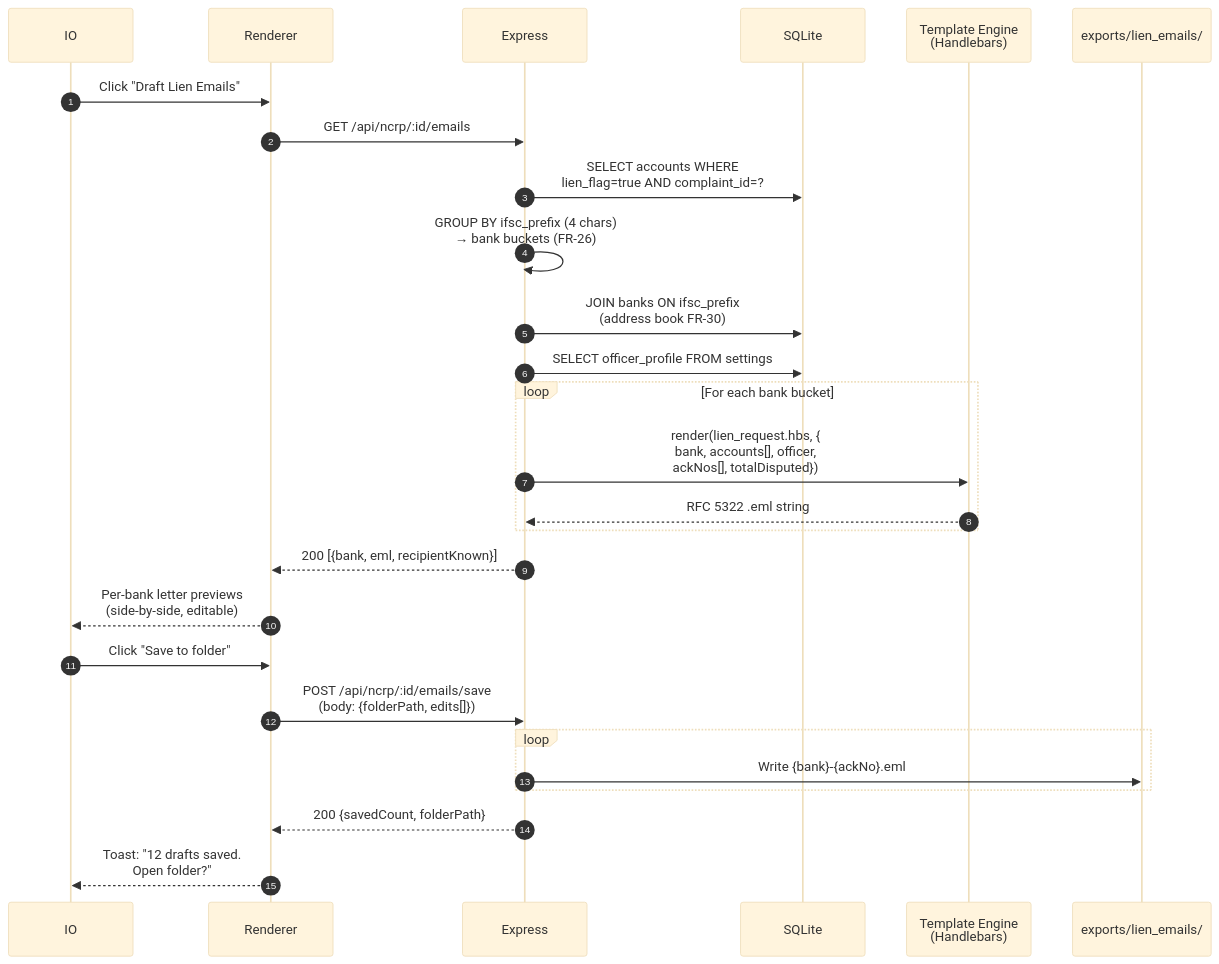
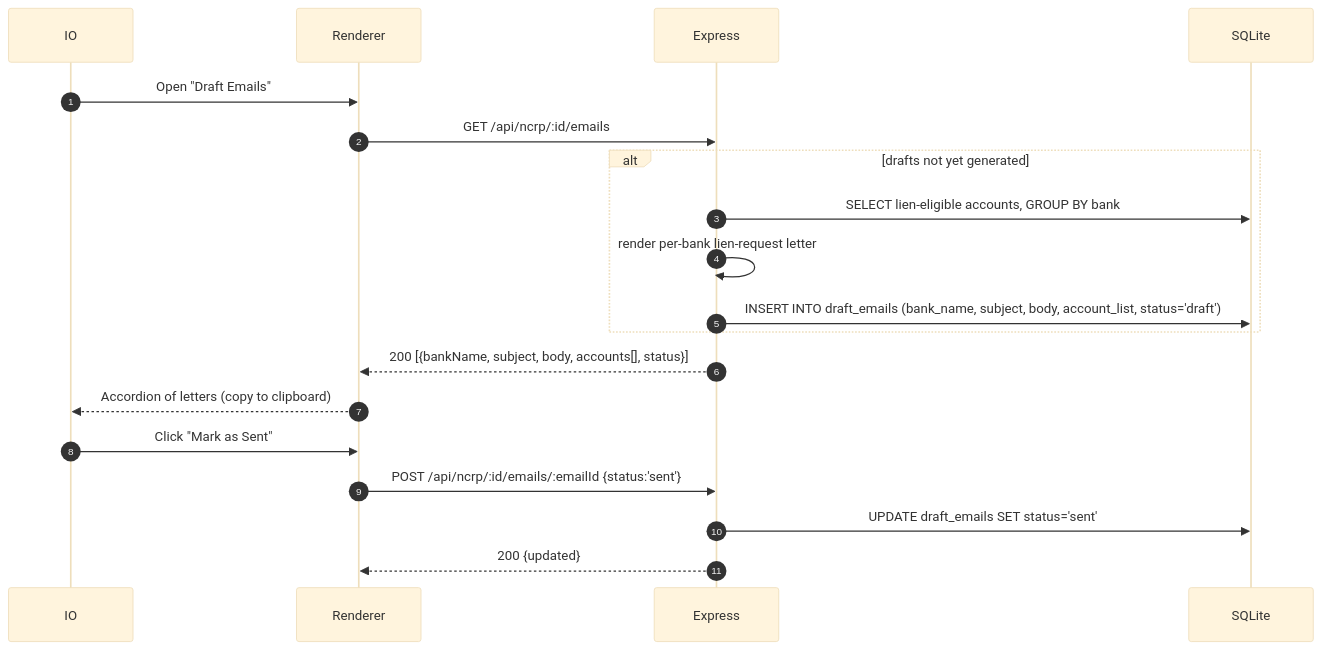
The fifth of 5 diagrams in SDD.md (manankothari1702/fintrace-ncrp), drawn with Mermaid (base theme) before and after one commit. The commit also changed other lines of this file and 32 other files, not shown here.

````diff
--- a/SDD.md
+++ b/SDD.md
@@ -255,30 +251,22 @@
 ```mermaid
 sequenceDiagram
     autonumber
     participant U as IO
     participant R as Renderer
     participant E as Express
     participant DB as SQLite
-    participant TM as Template Engine<br/>(Handlebars)
-    participant FS as exports/lien_emails/
 
-    U->>R: Click "Draft Lien Emails"
+    U->>R: Open "Draft Emails"
     R->>E: GET /api/ncrp/:id/emails
-    E->>DB: SELECT accounts WHERE<br/>lien_flag=true AND complaint_id=?
-    E->>E: GROUP BY ifsc_prefix (4 chars)<br/>→ bank buckets (FR-26)
-    E->>DB: JOIN banks ON ifsc_prefix<br/>(address book FR-30)
-    E->>DB: SELECT officer_profile FROM settings
-    loop For each bank bucket
-        E->>TM: render(lien_request.hbs, {<br/>bank, accounts[], officer,<br/>ackNos[], totalDisputed})
-        TM-->>E: RFC 5322 .eml string
+    alt drafts not yet generated
+        E->>DB: SELECT lien-eligible accounts, GROUP BY bank
+        E->>E: render per-bank lien-request letter
+        E->>DB: INSERT INTO draft_emails (bank_name, subject, body, account_list, status='draft')
     end
-    E-->>R: 200 [{bank, eml, recipientKnown}]
-    R-->>U: Per-bank letter previews<br/>(side-by-side, editable)
-    U->>R: Click "Save to folder"
-    R->>E: POST /api/ncrp/:id/emails/save<br/>(body: {folderPath, edits[]})
-    loop
-        E->>FS: Write {bank}-{ackNo}.eml
-    end
-    E-->>R: 200 {savedCount, folderPath}
-    R-->>U: Toast: "12 drafts saved.<br/>Open folder?"
+    E-->>R: 200 [{bankName, subject, body, accounts[], status}]
+    R-->>U: Accordion of letters (copy to clipboard)
+    U->>R: Click "Mark as Sent"
+    R->>E: POST /api/ncrp/:id/emails/:emailId  {status:'sent'}
+    E->>DB: UPDATE draft_emails SET status='sent'
+    E-->>R: 200 {updated}
 ```
````
